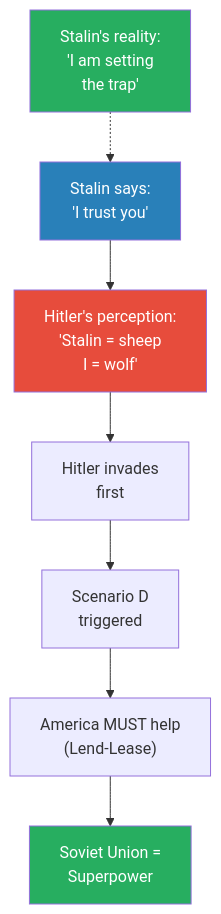
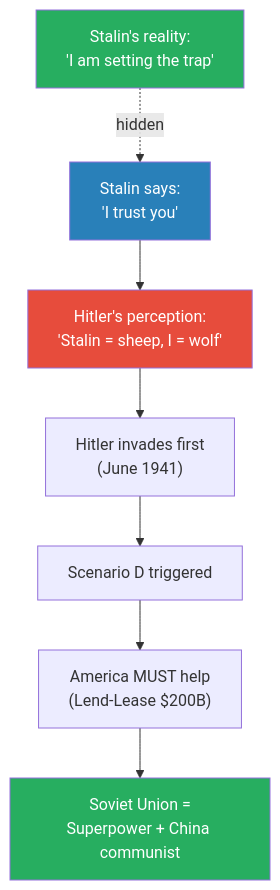
One commit to alius33/reader changed the eighth of 11 diagrams in summaries/Lectures/Geo-Strategy/10 - Putin's Strategic Imagination.md. Above: the diagram before and after it, drawn with Mermaid. The commit also changed other lines of this file and 26 other files, not shown here.

````diff
--- a/summaries/Lectures/Geo-Strategy/10 - Putin's Strategic Imagination.md
+++ b/summaries/Lectures/Geo-Strategy/10 - Putin's Strategic Imagination.md
@@ -626,13 +456,13 @@
 ```mermaid
 flowchart TB
-    S["Stalin says:<br/>'I trust you'"] --> HP["Hitler's perception:<br/>'Stalin = sheep<br/>I = wolf'"]
-    HP --> HI["Hitler invades<br/>first"]
-    HI --> SD["Scenario D<br/>triggered"]
-    SD --> LL["America MUST help<br/>(Lend-Lease)"]
-    LL --> SP["Soviet Union =<br/>Superpower"]
-    SR["Stalin's reality:<br/>'I am setting<br/>the trap'"] -.-> S
+    S["Stalin says:<br/>'I trust you'"] --> HP["Hitler's perception:<br/>'Stalin = sheep, I = wolf'"]
+    HP --> HI["Hitler invades first<br/>(June 1941)"]
+    HI --> SD["Scenario D triggered"]
+    SD --> LL["America MUST help<br/>(Lend-Lease $200B)"]
+    LL --> SP["Soviet Union =<br/>Superpower + China communist"]
+    SR["Stalin's reality:<br/>'I am setting the trap'"] -.->|"hidden"| S
     style S fill:#2980b9,color:#fff
     style SP fill:#27ae60,color:#fff
     style SR fill:#27ae60,color:#fff
     style HP fill:#e74c3c,color:#fff
 ```
````
